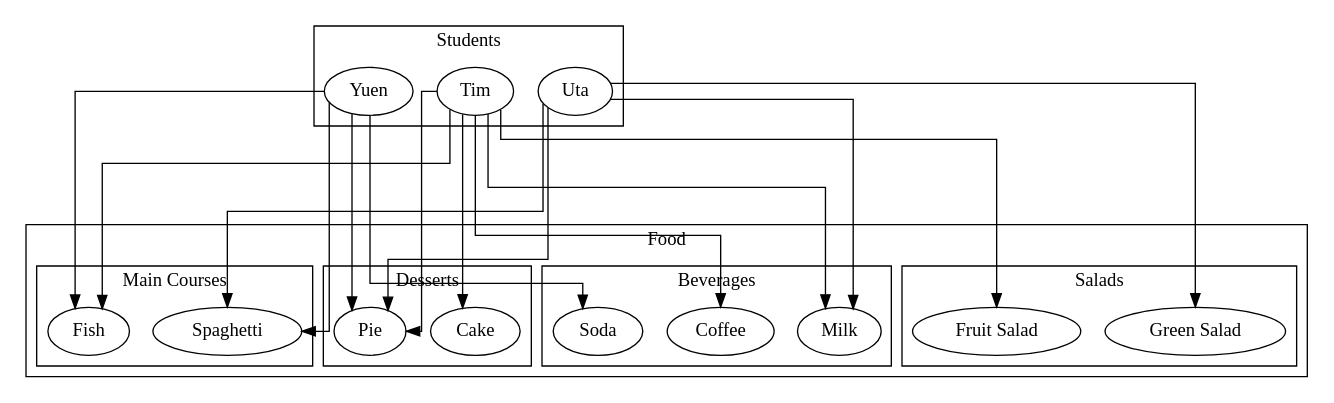
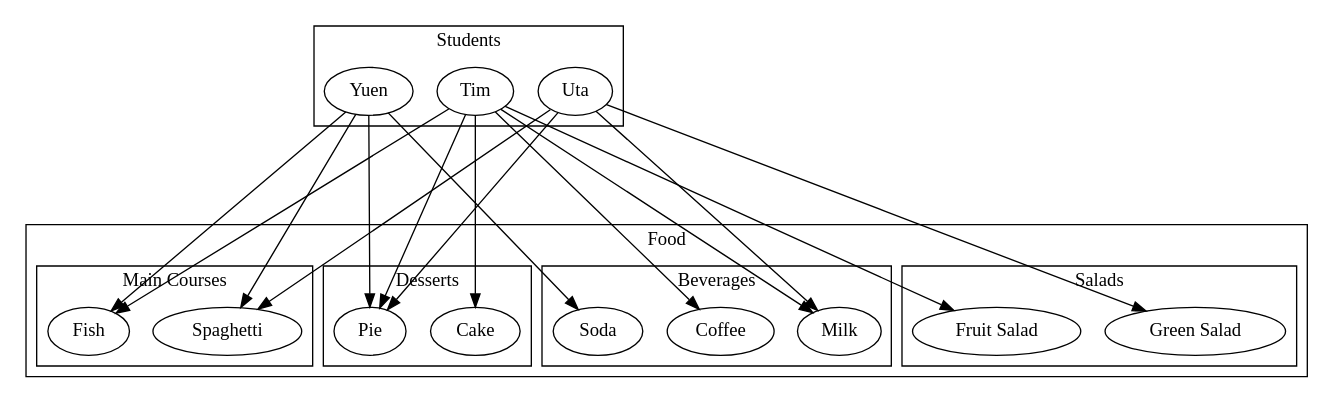
The diagram in CSDS 302 - Discrete Math/HW/3.md (tnichols217/notes), drawn with Graphviz before and after one commit. The commit also changed other lines of this file, not shown here.

````diff
--- a/CSDS 302 - Discrete Math/HW/3.md
+++ b/CSDS 302 - Discrete Math/HW/3.md
@@ -141,45 +141,45 @@
 ```dot
 digraph {
-	splines=ortho
+	splines=false
 	ranksep=2
 	subgraph {
 		label=Students
 		cluster=true
 		a [label=Uta]
 		b [label=Tim]
 		c [label=Yuen]
 	}
 	subgraph {
 		label=Food
 		cluster=true
 		subgraph {
 			label=Salads
 			cluster=true
 			A [label="Green Salad"]
 			B [label="Fruit Salad"]
 		}
 		subgraph {
 			label="Main Courses"
 			cluster=true
 			C [label="Spaghetti"]
 			D [label="Fish"]
 		}
 		subgraph {
 			label="Desserts"
 			cluster=true
 			E [label="Pie"]
 			F [label="Cake"]
 		}
 		subgraph {
 			label="Beverages"
 			cluster=true
 			G [label="Milk"]
 			H [label="Soda"]
 			I [label="Coffee"]
 		}
 	}
 	a->{ A C E G }
 	b->{ B D E F G I }
 	c->{ C D E H }
 }
 ```
````
